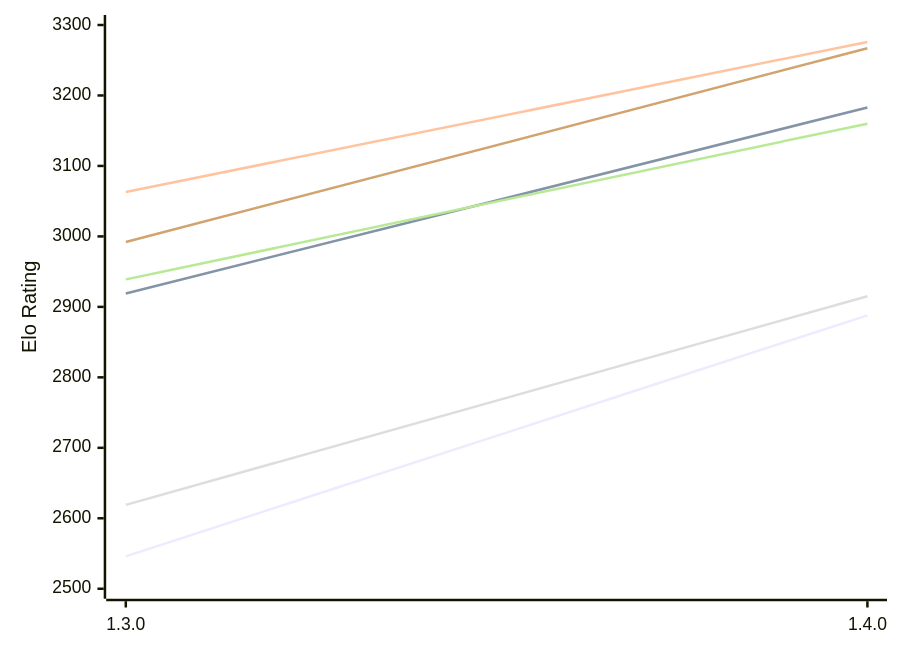
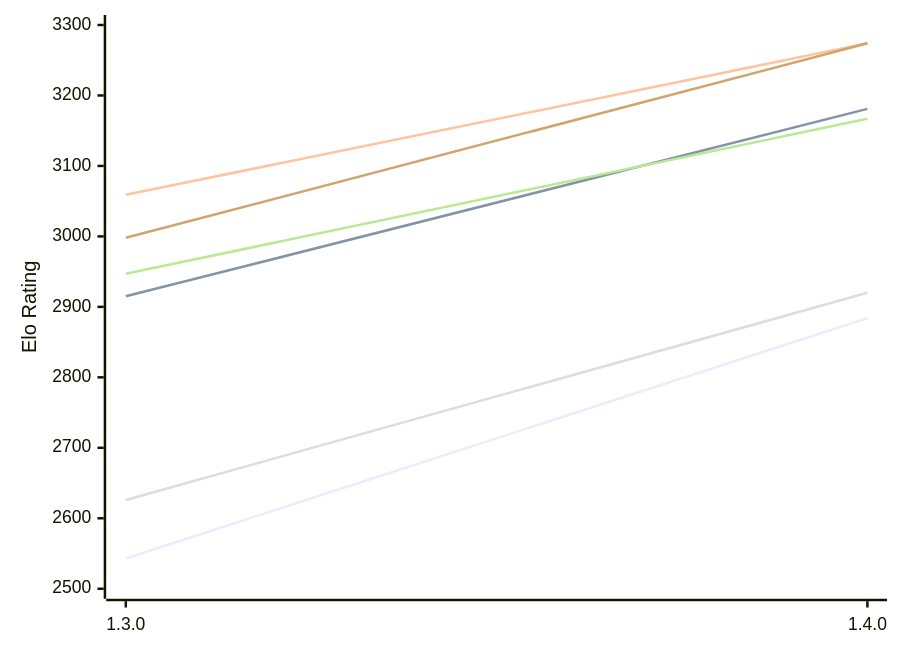
The first of 2 diagrams in engines/Ember.md (computer-chess-index/cci), drawn with Mermaid before and after one commit. The commit also changed other lines of this file, not shown here.

Commit message:
Update CCI Ratings (ELO VLTC) - 2026-11-21

````diff
--- a/engines/Ember.md
+++ b/engines/Ember.md
@@ -51,12 +51,12 @@
 ```mermaid
 %%{init: {"theme":"base","themeVariables":{"seriesColors:['#a3a3a3','#222221','#faa371']}}}%%
 xychart-beta
   x-axis ["1.3.0", "1.4.0"]
   y-axis "Elo Rating" 2500 --> 3300
-  line "E1: STC (8.0+0.08s)" [2546, 2888]
-  line "E1: LTC (60.0+0.60s)" [2919, 3183]
-  line "E1: VLTC (2m24s+1.12s)" [3063, 3276]
-  line "P1: STC (8.0+0.08s)" [2619, 2915]
-  line "P1: LTC (60.0+0.60s)" [2939, 3160]
-  line "P1: VLTC (2m24s+1.12s)" [2992, 3267]
+  line "E1: STC (8.0+0.08s)" [2543, 2884]
+  line "E1: LTC (60.0+0.60s)" [2915, 3181]
+  line "E1: VLTC (2m24s+1.12s)" [3059, 3274]
+  line "P1: STC (8.0+0.08s)" [2626, 2920]
+  line "P1: LTC (60.0+0.60s)" [2947, 3167]
+  line "P1: VLTC (2m24s+1.12s)" [2998, 3274]
 ```
````
